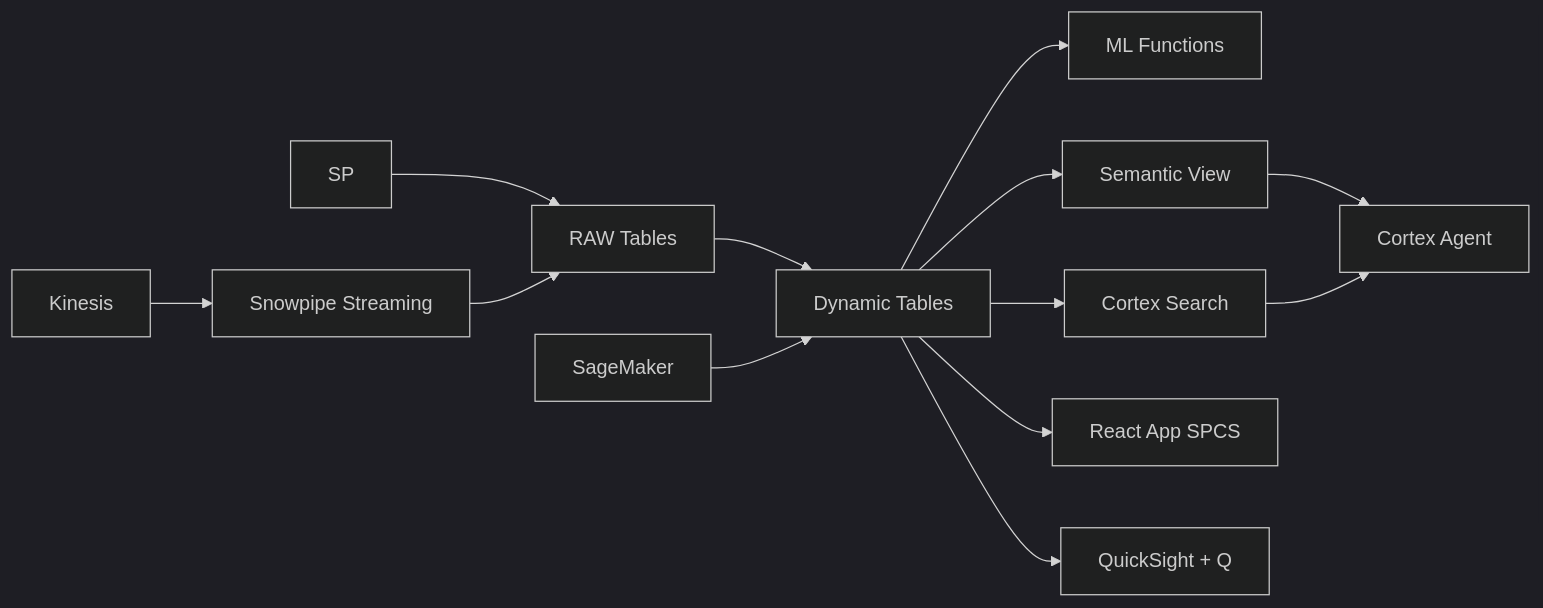
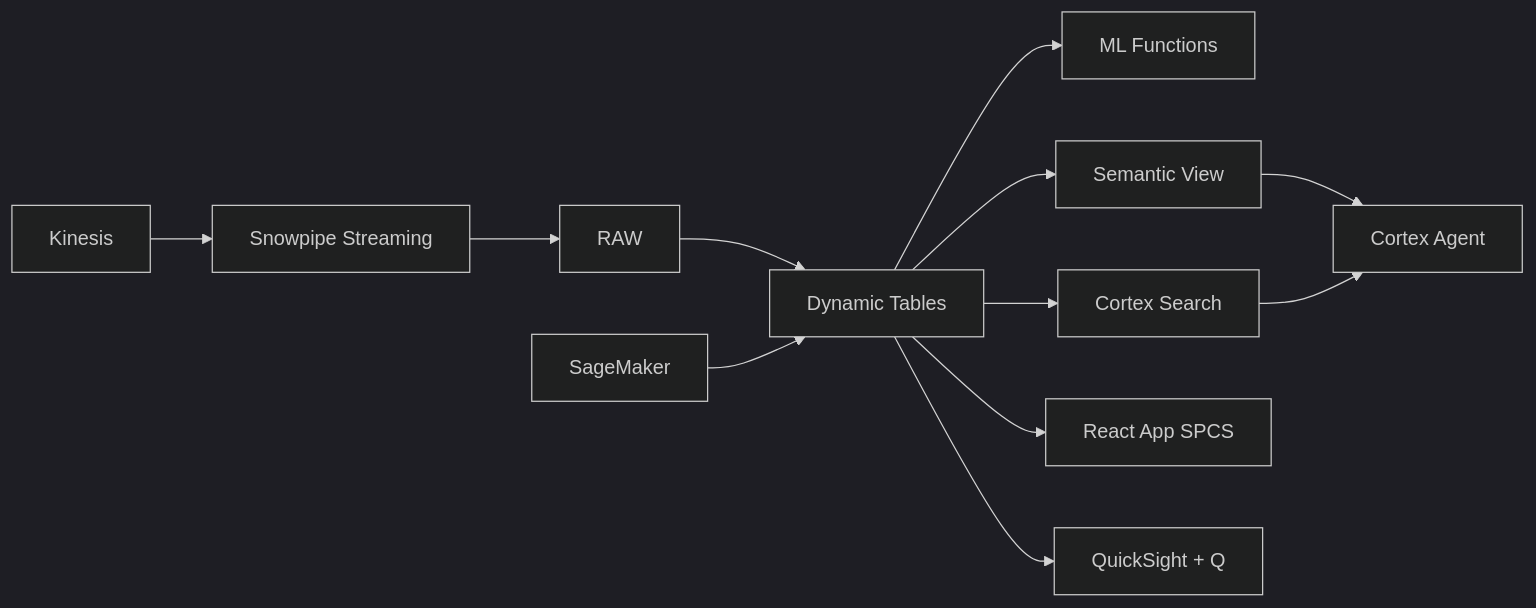
The diagram in README.md (sfc-gh-jasvestis/aws-philippines-bpo-sla), drawn with Mermaid (dark theme) before and after one commit. The commit also changed 7 other files, not shown here.

Commit message:
Fix: add all source files, .gitignore, fix Mermaid diagram

````diff
--- a/README.md
+++ b/README.md
@@ -9,15 +9,14 @@
 ```mermaid
 flowchart LR
     KIN[Kinesis] --> SPS[Snowpipe Streaming]
-    SP --> RAW[RAW Tables]
     SPS --> RAW
     RAW --> DT[Dynamic Tables]
     DT --> ML[ML Functions]
     DT --> SEARCH[Cortex Search]
     DT --> SV[Semantic View]
     SV --> AGENT[Cortex Agent]
     SEARCH --> AGENT
     DT --> APP[React App SPCS]
     SM[SageMaker] --> DT
     DT --> QS[QuickSight + Q]
 ```
````
